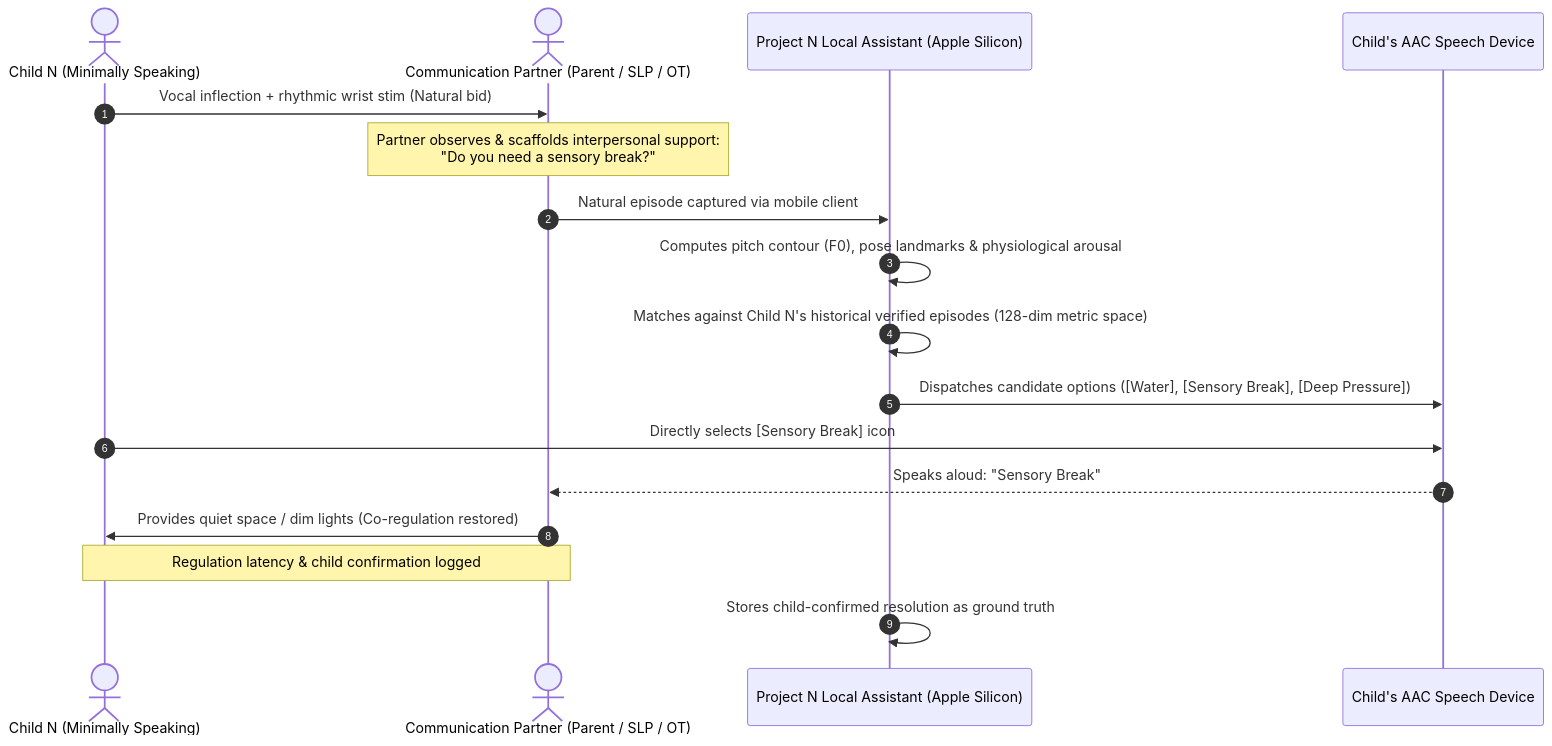
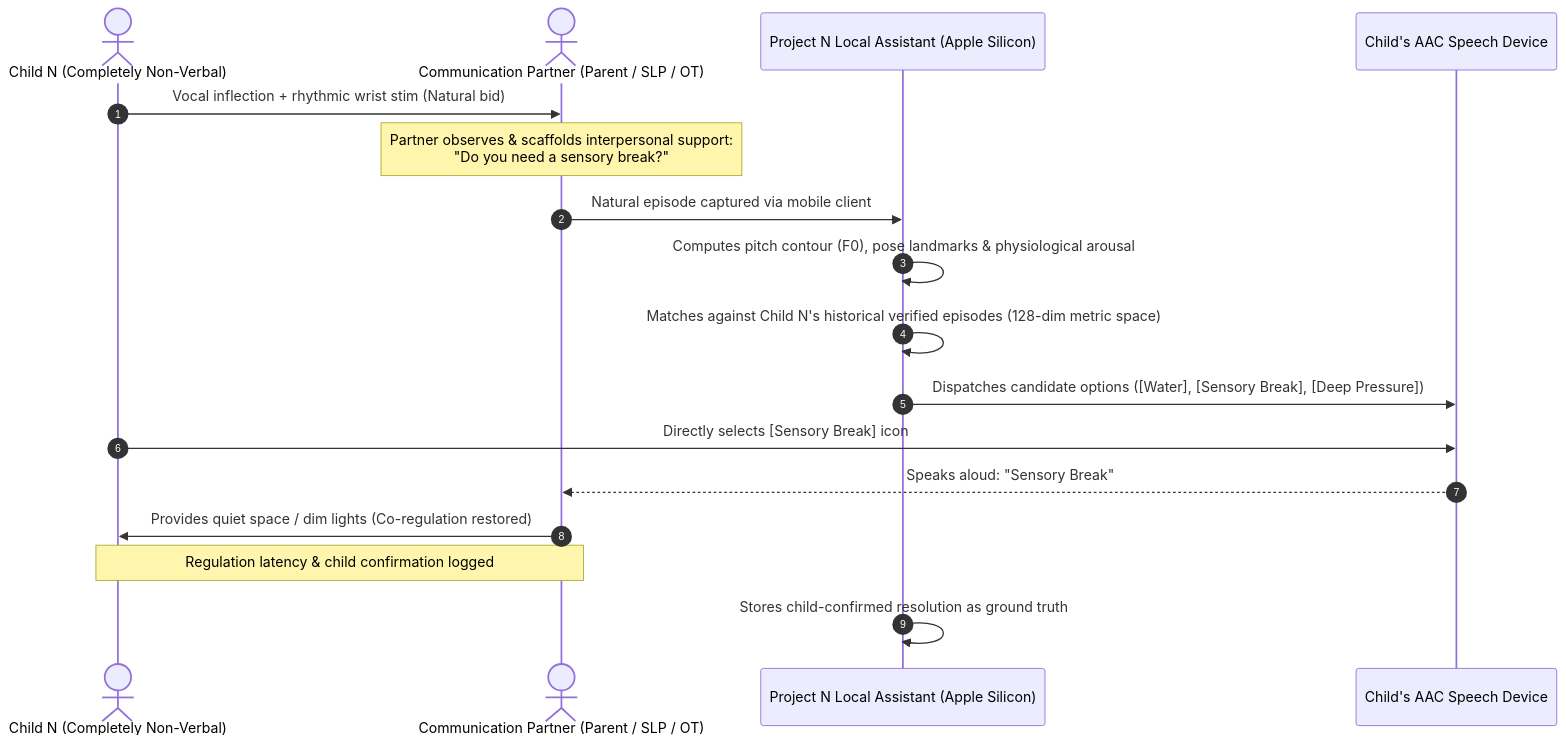
One commit to olostan/project_n changed the first of 2 diagrams in docs/index.md. Above: the diagram before and after it, drawn with Mermaid. The commit also changed other lines of this file and 10 other files, not shown here.

Commit message:
docs: clarify Nolan is completely non-verbal, integrate TOC to reclaim right space, widen grid, and add diagram zoom lightbox

````diff
--- a/docs/index.md
+++ b/docs/index.md
@@ -25,20 +25,20 @@
 ```mermaid
 sequenceDiagram
     autonumber
-    actor Child as Child N (Minimally Speaking)
+    actor Child as Child N (Completely Non-Verbal)
     actor Partner as Communication Partner (Parent / SLP / OT)
     participant Engine as Project N Local Assistant (Apple Silicon)
     participant AAC as Child's AAC Speech Device
 
     Child->>Partner: Vocal inflection + rhythmic wrist stim (Natural bid)
     Note over Partner: Partner observes & scaffolds interpersonal support:<br/>"Do you need a sensory break?"
     Partner->>Engine: Natural episode captured via mobile client
     Engine->>Engine: Computes pitch contour (F0), pose landmarks & physiological arousal
     Engine->>Engine: Matches against Child N's historical verified episodes (128-dim metric space)
     Engine->>AAC: Dispatches candidate options ([Water], [Sensory Break], [Deep Pressure])
     Child->>AAC: Directly selects [Sensory Break] icon
     AAC-->>Partner: Speaks aloud: "Sensory Break"
     Partner->>Child: Provides quiet space / dim lights (Co-regulation restored)
     Note over Child,Partner: Regulation latency & child confirmation logged
     Engine->>Engine: Stores child-confirmed resolution as ground truth
 ```
````
